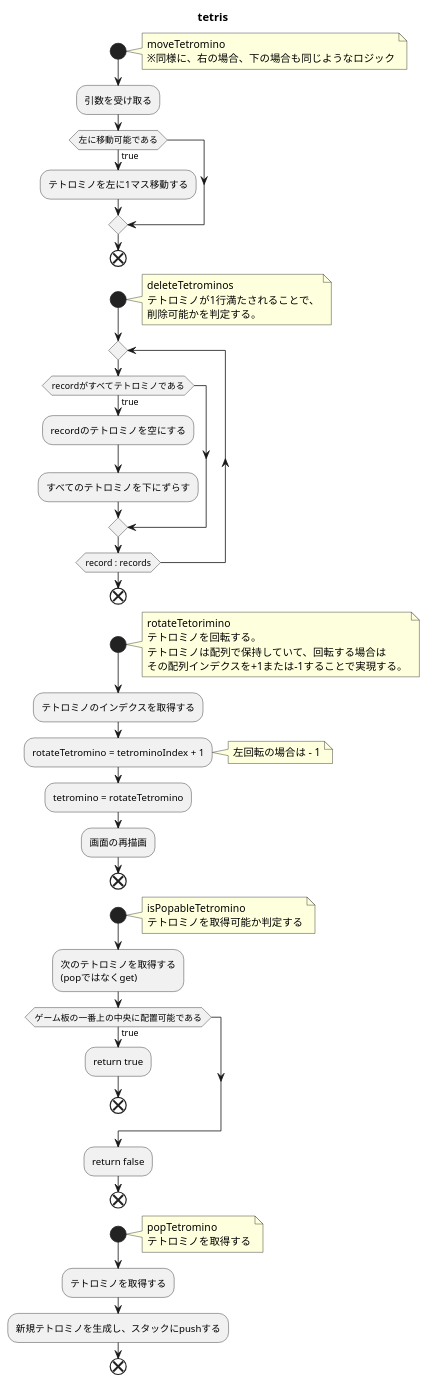
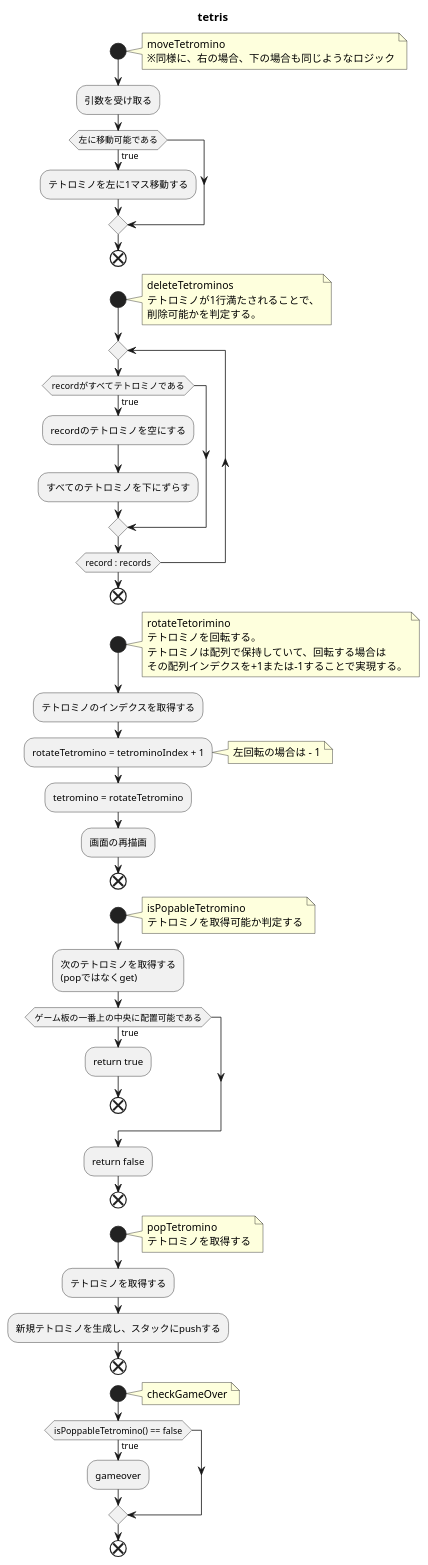
Before and after one commit to jiro4989/tetris: the diagram in doc/tetris.puml, drawn with PlantUML. The commit also changed 1 other file, not shown here.

```diff
--- a/doc/tetris.puml
+++ b/doc/tetris.puml
@@ -1,69 +1,78 @@
 @startuml
 
 title tetris
 
 start
     note right
         moveTetromino
         ※同様に、右の場合、下の場合も同じようなロジック
     endnote
     :引数を受け取る;
     if (左に移動可能である) then (true)
         :テトロミノを左に1マス移動する;
     endif
 end
 
 start
     note right
         deleteTetrominos
         テトロミノが1行満たされることで、
         削除可能かを判定する。
     endnote
     repeat
         if (recordがすべてテトロミノである) then (true)
             :recordのテトロミノを空にする;
             :すべてのテトロミノを下にずらす;
         endif
     repeat while (record : records)
 end
 
 start
     note right
         rotateTetorimino
         テトロミノを回転する。
         テトロミノは配列で保持していて、回転する場合は
         その配列インデクスを+1または-1することで実現する。
     endnote
     :テトロミノのインデクスを取得する;
     :rotateTetromino = tetrominoIndex + 1;
     note right
         左回転の場合は - 1
     endnote
     :tetromino = rotateTetromino;
     :画面の再描画;
 end
 
 start
     note right
         isPopableTetromino
         テトロミノを取得可能か判定する
     endnote
     :次のテトロミノを取得する
     (popではなくget);
     if (ゲーム板の一番上の中央に配置可能である) then (true)
         :return true;
         end
     endif
     :return false;
 end
 
 start
     note right
         popTetromino
         テトロミノを取得する
     endnote
     :テトロミノを取得する;
     :新規テトロミノを生成し、スタックにpushする;
 end
 
+start
+    note right
+        checkGameOver
+    endnote
+    if (isPoppableTetromino() == false) then (true)
+        :gameover;
+    endif
+end
+
 @enduml
```
